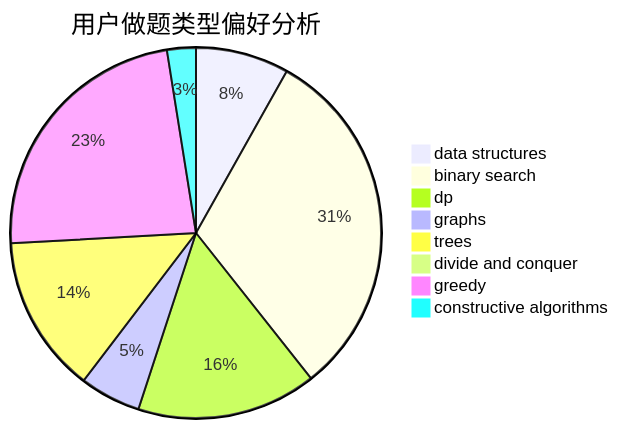
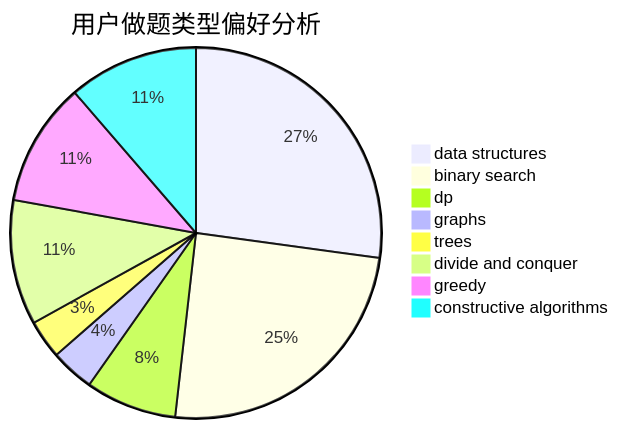
Before and after one commit to sherpahu/cfrs.github.io: the second of 3 diagrams in docs/user/u2385.md, drawn with Mermaid. The commit also changed other lines of this file and 2770 other files, not shown here.

````diff
--- a/docs/user/u2385.md
+++ b/docs/user/u2385.md
@@ -23,11 +23,11 @@
 ```mermaid
 pie title 用户做题类型偏好分析
-    "data structures" :  55
-    "binary search" :  211
-    "dp" :  106
-    "graphs" :  36
-    "trees" :  93
-    "divide and conquer" :  0
-    "greedy" :  158
-    "constructive algorithms" :  17
+    "data structures" :  249
+    "binary search" :  226
+    "dp" :  73
+    "graphs" :  35
+    "trees" :  31
+    "divide and conquer" :  100
+    "greedy" :  99
+    "constructive algorithms" :  104
 ```
````
